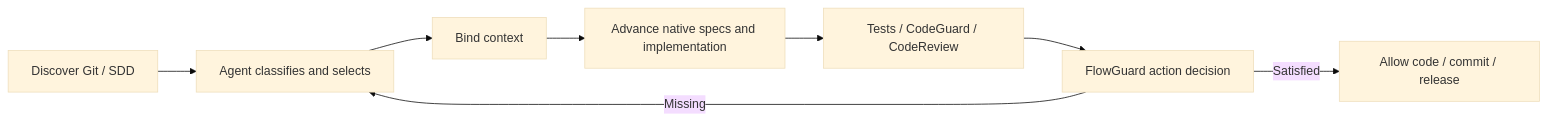
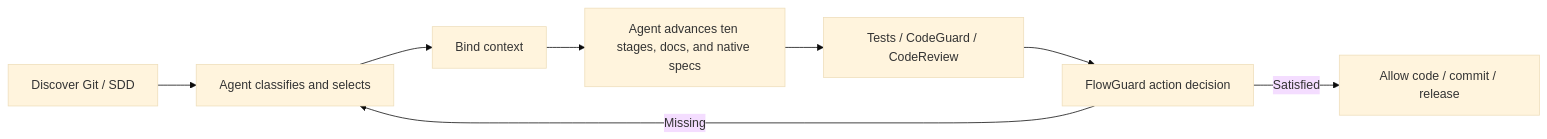
One commit to full-stack-plugins/flowguard-plugin changed the diagram in README.md. Above: the diagram before and after it, drawn with Mermaid (base theme). The commit also changed other lines of this file and 99 other files, not shown here.

First line of the commit message:
feat(flowguard): 十阶段文档治理与可信门禁收敛

````diff
--- a/README.md
+++ b/README.md
@@ -20,10 +20,10 @@
 ```mermaid
 flowchart LR
     D[Discover Git / SDD] --> C[Agent classifies and selects]
     C --> B[Bind context]
-    B --> N[Advance native specs and implementation]
+    B --> N[Agent advances ten stages, docs, and native specs]
     N --> E[Tests / CodeGuard / CodeReview]
     E --> G[FlowGuard action decision]
     G -->|Missing| C
     G -->|Satisfied| A[Allow code / commit / release]
 ```
````
